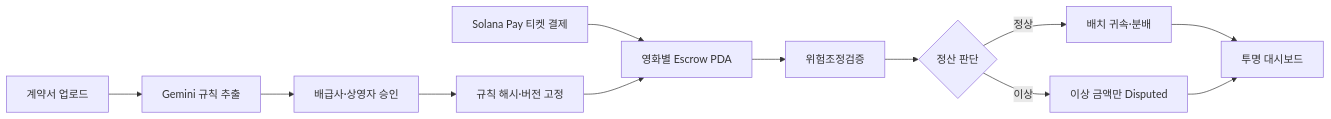
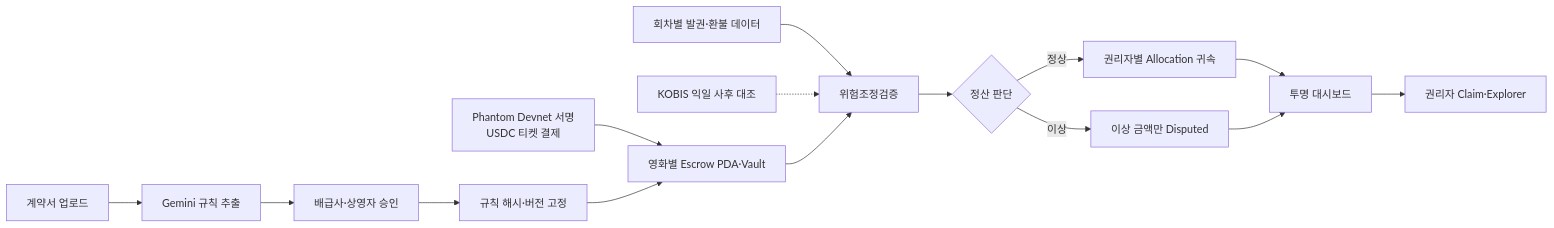
One commit to chaincrew-kr/blockchain-hackathon changed the first of 2 diagrams in README.md. Above: the diagram before and after it, drawn with Mermaid. The commit also changed other lines of this file and 1 other file, not shown here.

Commit message:
docs: align public flow with deployed MVP

````diff
--- a/README.md
+++ b/README.md
@@ -157,14 +160,17 @@
 ```mermaid
 flowchart LR
   Contract["계약서 업로드"] --> Gemini["Gemini 규칙 추출"]
   Gemini --> Approval["배급사·상영자 승인"]
   Approval --> Rule["규칙 해시·버전 고정"]
-  Payment["Solana Pay 티켓 결제"] --> Escrow["영화별 Escrow PDA"]
+  Payment["Phantom Devnet 서명<br/>USDC 티켓 결제"] --> Escrow["영화별 Escrow PDA·Vault"]
   Rule --> Escrow
+  Batch["회차별 발권·환불 데이터"] --> Risk["위험조정검증"]
+  KOBIS["KOBIS 익일 사후 대조"] -.-> Risk
   Escrow --> Risk["위험조정검증"]
   Risk --> Judge{"정산 판단"}
-  Judge -->|정상| Settle["배치 귀속·분배"]
+  Judge -->|정상| Settle["권리자별 Allocation 귀속"]
   Judge -->|이상| Hold["이상 금액만 Disputed"]
   Settle --> Dashboard["투명 대시보드"]
   Hold --> Dashboard
+  Dashboard --> Claim["권리자 Claim·Explorer"]
 ```
````
